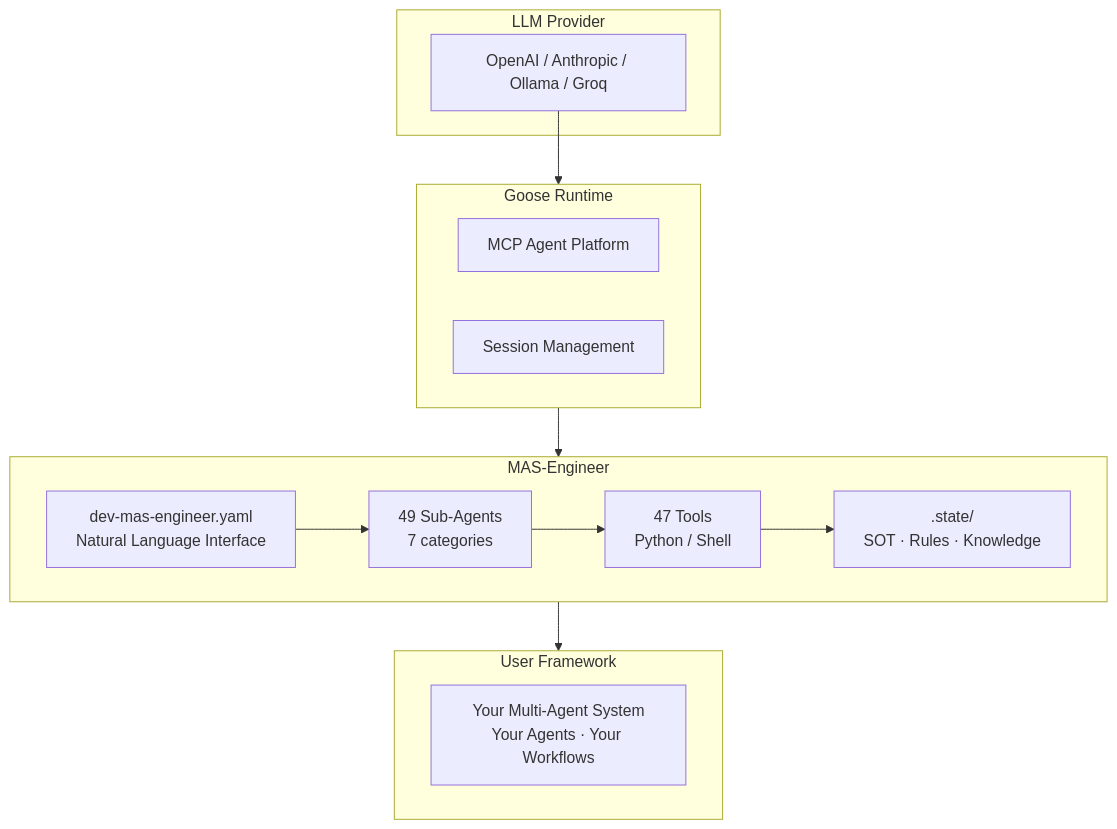
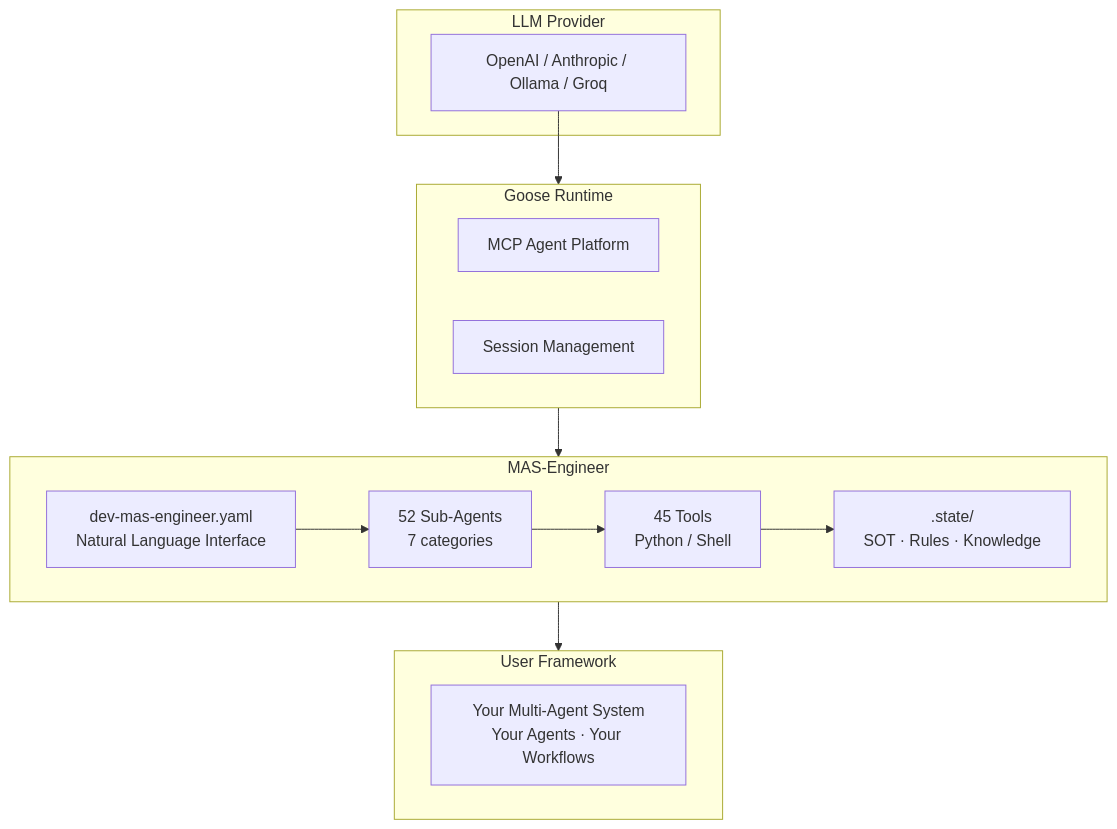
Before and after one commit to mczardybon/mas-engineer: the first of 5 diagrams in docs/architecture.md, drawn with Mermaid. The commit also changed other lines of this file and 33 other files, not shown here.

````diff
--- a/docs/architecture.md
+++ b/docs/architecture.md
@@ -5,26 +5,26 @@
 ```mermaid
 flowchart TB
     subgraph LLM["LLM Provider"]
         L1["OpenAI / Anthropic / Ollama / Groq"]
     end
     subgraph GOOSE["Goose Runtime"]
         G1["MCP Agent Platform"]
         G2["Session Management"]
     end
     subgraph ENGINEER["MAS-Engineer"]
         E1["dev-mas-engineer.yaml\nNatural Language Interface"]
-        E2["49 Sub-Agents\n7 categories"]
-        E3["47 Tools\nPython / Shell"]
+        E2["52 Sub-Agents\n7 categories"]
+        E3["45 Tools\nPython / Shell"]
         E4[".state/\nSOT · Rules · Knowledge"]
     end
     subgraph USER["User Framework"]
         U1["Your Multi-Agent System\nYour Agents · Your Workflows"]
     end
 
     L1 --> GOOSE
     GOOSE --> ENGINEER
     ENGINEER --> USER
     E1 --> E2
     E2 --> E3
     E3 --> E4
 ```
````
